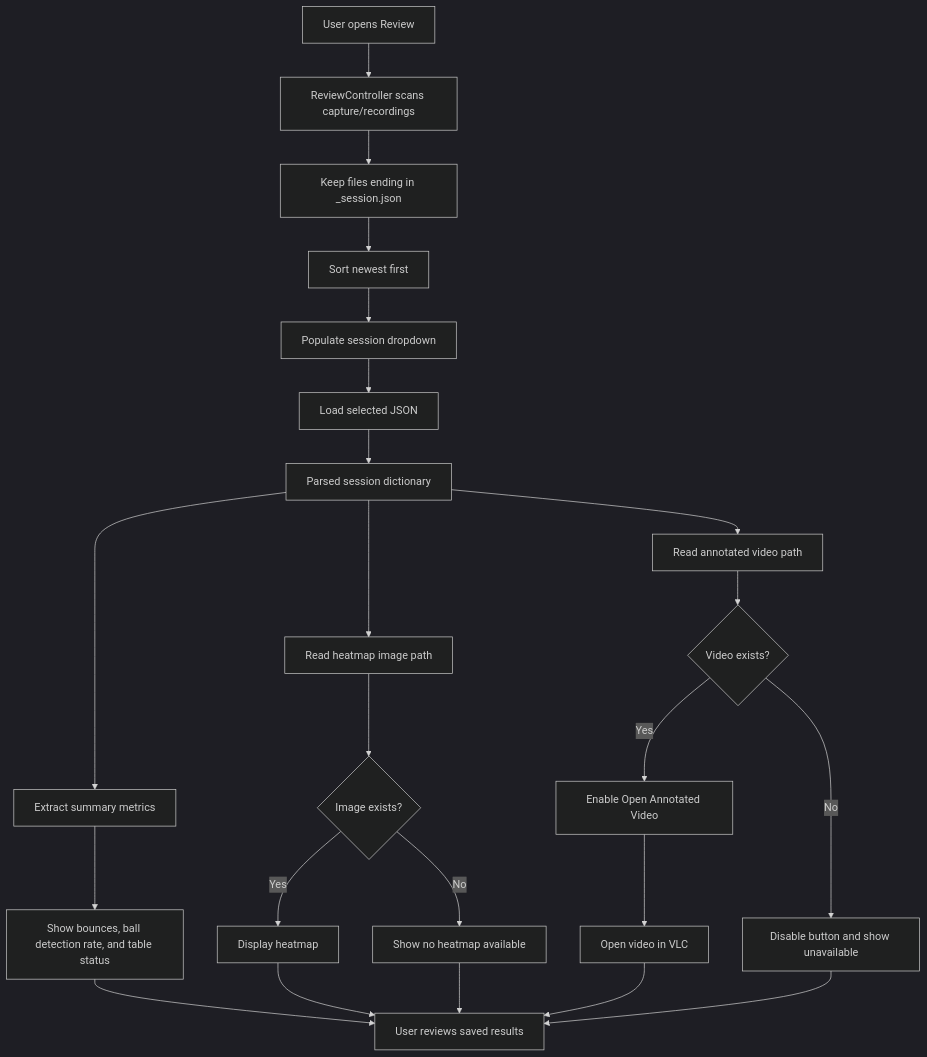
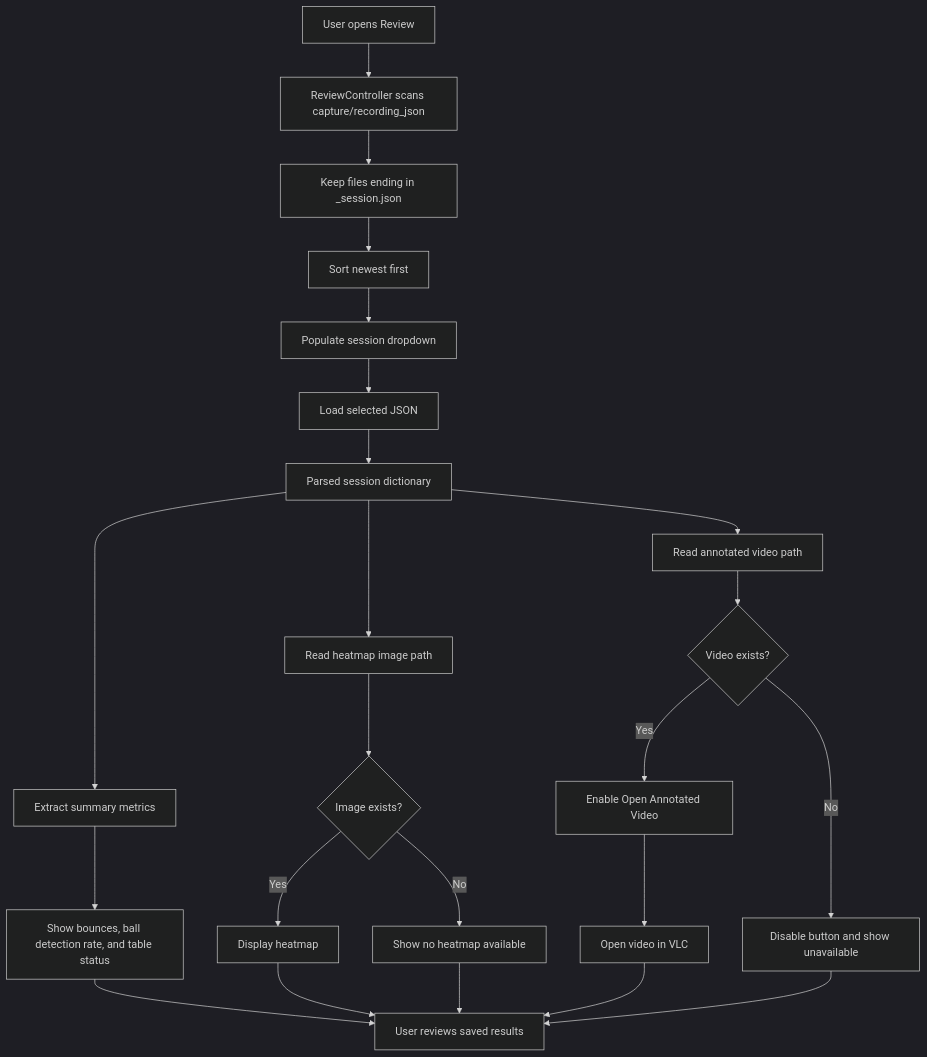
The diagram in jetson/docs/review_workflow.md (CoulterRolph/Capstone_Opencv), drawn with Mermaid (dark theme) before and after one commit. The commit also changed other lines of this file and 40 other files, not shown here.

````diff
--- a/jetson/docs/review_workflow.md
+++ b/jetson/docs/review_workflow.md
@@ -32,28 +32,28 @@
 ```mermaid
 flowchart TD
-    Open[User opens Review] --> Scan[ReviewController scans capture/recordings]
+    Open[User opens Review] --> Scan[ReviewController scans capture/recording_json]
     Scan --> Filter[Keep files ending in _session.json]
     Filter --> Sort[Sort newest first]
     Sort --> Dropdown[Populate session dropdown]
     Dropdown --> Select[Load selected JSON]
 
     Select --> SessionData[Parsed session dictionary]
     SessionData --> Metrics[Extract summary metrics]
     SessionData --> HeatmapPath[Read heatmap image path]
     SessionData --> VideoPath[Read annotated video path]
 
     Metrics --> Boxes[Show bounces, ball detection rate, and table status]
     HeatmapPath --> Exists{Image exists?}
     Exists -->|Yes| Preview[Display heatmap]
     Exists -->|No| Missing[Show no heatmap available]
     VideoPath --> VideoExists{Video exists?}
     VideoExists -->|Yes| OpenButton[Enable Open Annotated Video]
     VideoExists -->|No| VideoMissing[Disable button and show unavailable]
     OpenButton --> VLC[Open video in VLC]
 
     Boxes --> User[User reviews saved results]
     Preview --> User
     Missing --> User
     VLC --> User
     VideoMissing --> User
 ```
````
